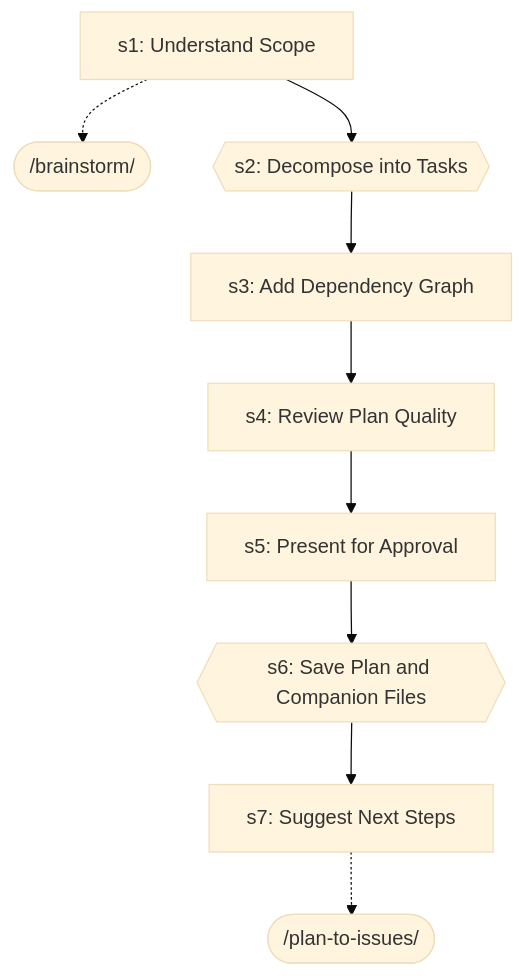
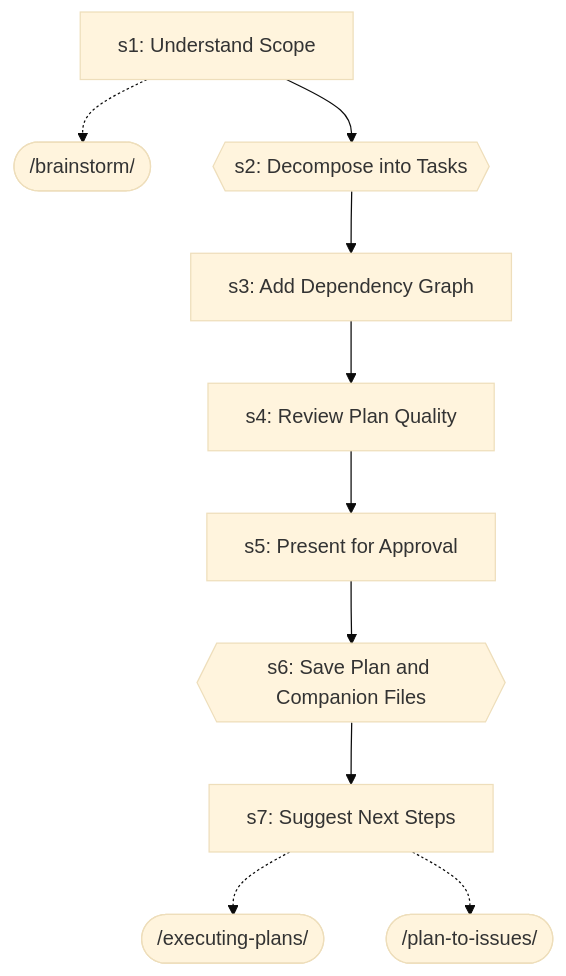
Diagram 20 of 20 in docs/workflows/code-review.md (abhayla/claude-best-practices), drawn with Mermaid (base theme) before and after one commit. The commit also changed other lines of this file and 12 other files, not shown here.

````diff
--- a/docs/workflows/code-review.md
+++ b/docs/workflows/code-review.md
@@ -1157,20 +1160,22 @@
 ```mermaid
 graph TD
     s1["s1: Understand Scope"]
     brainstorm_ext([/brainstorm/])
     s1 -.-> brainstorm_ext
     s2{{s2: Decompose into Tasks}}
     s1 --> s2
     s3["s3: Add Dependency Graph"]
     s2 --> s3
     s4["s4: Review Plan Quality"]
     s3 --> s4
     s5["s5: Present for Approval"]
     s4 --> s5
     s6{{s6: Save Plan and Companion Files}}
     s5 --> s6
     s7["s7: Suggest Next Steps"]
     s6 --> s7
+    executing_plans_ext([/executing-plans/])
+    s7 -.-> executing_plans_ext
     plan_to_issues_ext([/plan-to-issues/])
     s7 -.-> plan_to_issues_ext
 ```
````
